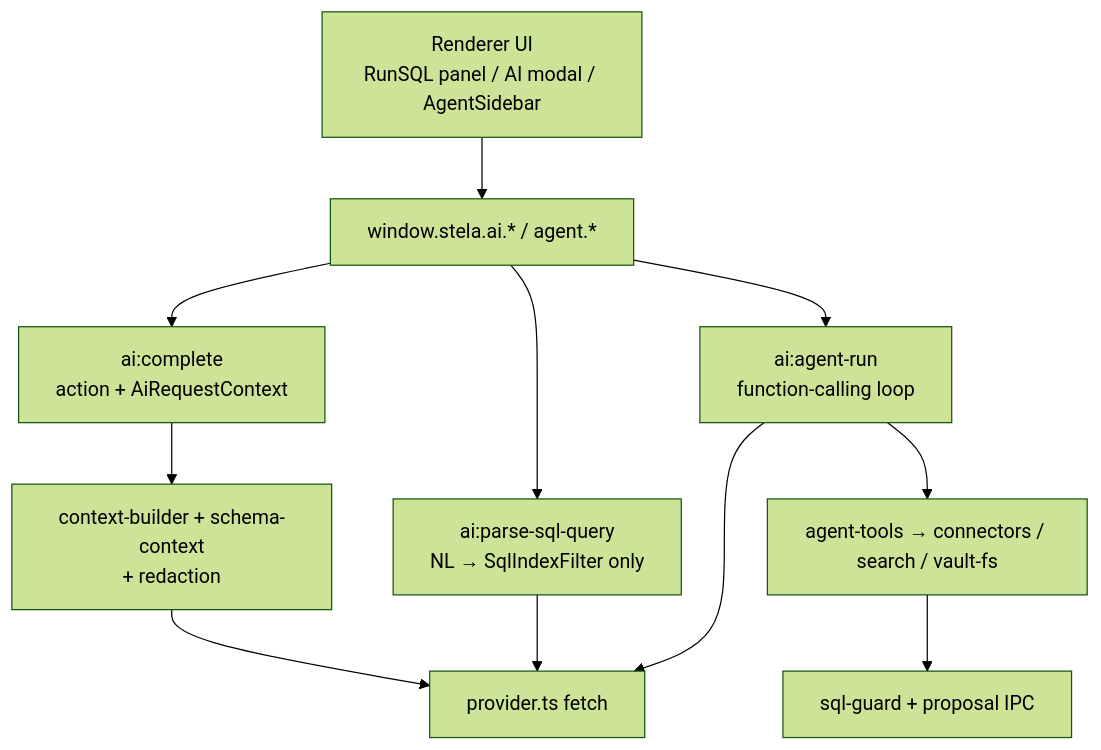
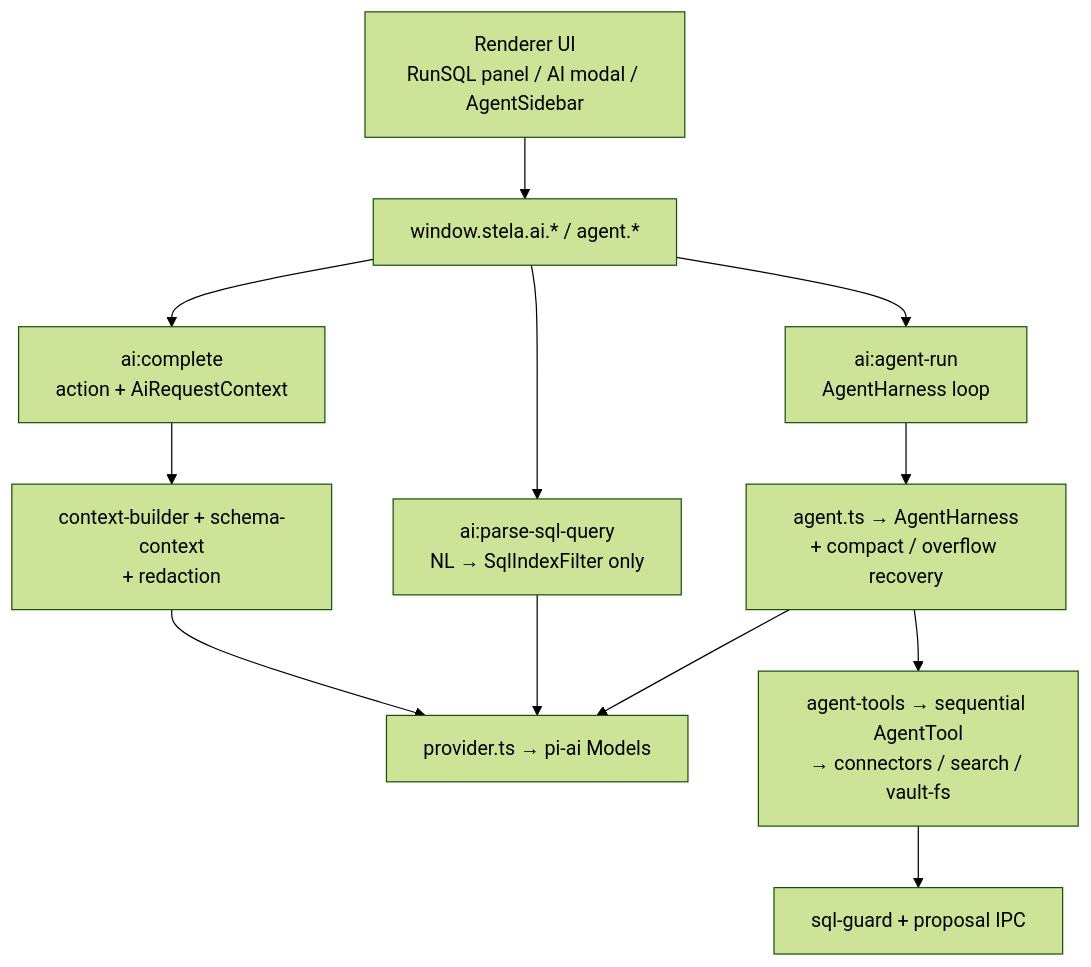
Before and after one commit to ay27/Stela: the second of 2 diagrams in docs/ARCHITECTURE.md, drawn with Mermaid (forest theme). The commit also changed other lines of this file and 27 other files, not shown here.

````diff
--- a/docs/ARCHITECTURE.md
+++ b/docs/ARCHITECTURE.md
@@ -283,22 +285,23 @@
 ```mermaid
 flowchart TB
   UI["Renderer UI\nRunSQL panel / AI modal / AgentSidebar"]
   PRE["window.stela.ai.* / agent.*"]
   ACT["ai:complete\naction + AiRequestContext"]
   PARSE["ai:parse-sql-query\nNL → SqlIndexFilter only"]
-  AGENT["ai:agent-run\nfunction-calling loop"]
+  AGENT["ai:agent-run\nAgentHarness loop"]
   CTX["context-builder + schema-context\n+ redaction"]
-  PROV["provider.ts fetch"]
-  TOOLS["agent-tools → connectors / search / vault-fs"]
+  PROV["provider.ts → pi-ai Models"]
+  HARNESS["agent.ts → AgentHarness\n+ compact / overflow recovery"]
+  TOOLS["agent-tools → sequential AgentTool\n→ connectors / search / vault-fs"]
   GUARD["sql-guard + proposal IPC"]
 
   UI --> PRE
   PRE --> ACT
   PRE --> PARSE
   PRE --> AGENT
   ACT --> CTX --> PROV
   PARSE --> PROV
-  AGENT --> PROV
-  AGENT --> TOOLS
+  AGENT --> HARNESS --> PROV
+  HARNESS --> TOOLS
   TOOLS --> GUARD
 ```
````
